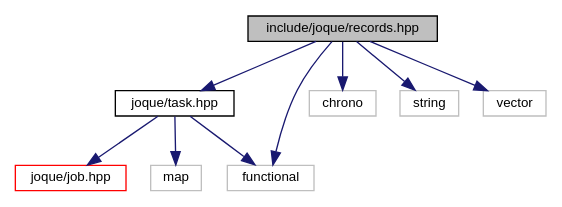
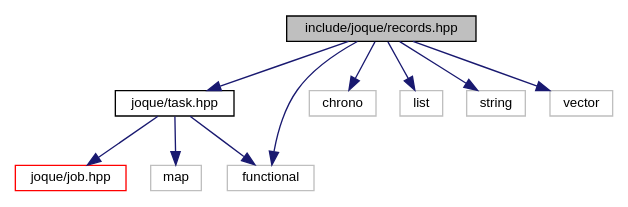
The diagram in records_8hpp__incl.dot (koniarik/joque), drawn with Graphviz before and after one commit. The commit also changed 202 other files, not shown here.

```diff
--- a/records_8hpp__incl.dot
+++ b/records_8hpp__incl.dot
@@ -1,22 +1,24 @@
 digraph "include/joque/records.hpp"
 {
  // LATEX_PDF_SIZE
   edge [fontname="Helvetica",fontsize="10",labelfontname="Helvetica",labelfontsize="10"];
   node [fontname="Helvetica",fontsize="10",shape=record];
   Node1 [label="include/joque/records.hpp",height=0.2,width=0.4,color="black", fillcolor="grey75", style="filled", fontcolor="black",tooltip=" "];
   Node1 -> Node2 [color="midnightblue",fontsize="10",style="solid",fontname="Helvetica"];
   Node2 [label="joque/task.hpp",height=0.2,width=0.4,color="black", fillcolor="white", style="filled",URL="$task_8hpp.html",tooltip=" "];
   Node2 -> Node3 [color="midnightblue",fontsize="10",style="solid",fontname="Helvetica"];
   Node3 [label="joque/job.hpp",height=0.2,width=0.4,color="red", fillcolor="white", style="filled",URL="$job_8hpp.html",tooltip=" "];
-  Node2 -> Node12 [color="midnightblue",fontsize="10",style="solid",fontname="Helvetica"];
-  Node12 [label="functional",height=0.2,width=0.4,color="grey75", fillcolor="white", style="filled",tooltip=" "];
   Node2 -> Node13 [color="midnightblue",fontsize="10",style="solid",fontname="Helvetica"];
-  Node13 [label="map",height=0.2,width=0.4,color="grey75", fillcolor="white", style="filled",tooltip=" "];
-  Node1 -> Node14 [color="midnightblue",fontsize="10",style="solid",fontname="Helvetica"];
-  Node14 [label="chrono",height=0.2,width=0.4,color="grey75", fillcolor="white", style="filled",tooltip=" "];
+  Node13 [label="functional",height=0.2,width=0.4,color="grey75", fillcolor="white", style="filled",tooltip=" "];
+  Node2 -> Node14 [color="midnightblue",fontsize="10",style="solid",fontname="Helvetica"];
+  Node14 [label="map",height=0.2,width=0.4,color="grey75", fillcolor="white", style="filled",tooltip=" "];
+  Node1 -> Node15 [color="midnightblue",fontsize="10",style="solid",fontname="Helvetica"];
+  Node15 [label="chrono",height=0.2,width=0.4,color="grey75", fillcolor="white", style="filled",tooltip=" "];
+  Node1 -> Node13 [color="midnightblue",fontsize="10",style="solid",fontname="Helvetica"];
+  Node1 -> Node8 [color="midnightblue",fontsize="10",style="solid",fontname="Helvetica"];
+  Node8 [label="list",height=0.2,width=0.4,color="grey75", fillcolor="white", style="filled",tooltip=" "];
+  Node1 -> Node9 [color="midnightblue",fontsize="10",style="solid",fontname="Helvetica"];
+  Node9 [label="string",height=0.2,width=0.4,color="grey75", fillcolor="white", style="filled",tooltip=" "];
   Node1 -> Node12 [color="midnightblue",fontsize="10",style="solid",fontname="Helvetica"];
-  Node1 -> Node8 [color="midnightblue",fontsize="10",style="solid",fontname="Helvetica"];
-  Node8 [label="string",height=0.2,width=0.4,color="grey75", fillcolor="white", style="filled",tooltip=" "];
-  Node1 -> Node10 [color="midnightblue",fontsize="10",style="solid",fontname="Helvetica"];
-  Node10 [label="vector",height=0.2,width=0.4,color="grey75", fillcolor="white", style="filled",tooltip=" "];
+  Node12 [label="vector",height=0.2,width=0.4,color="grey75", fillcolor="white", style="filled",tooltip=" "];
 }
```
